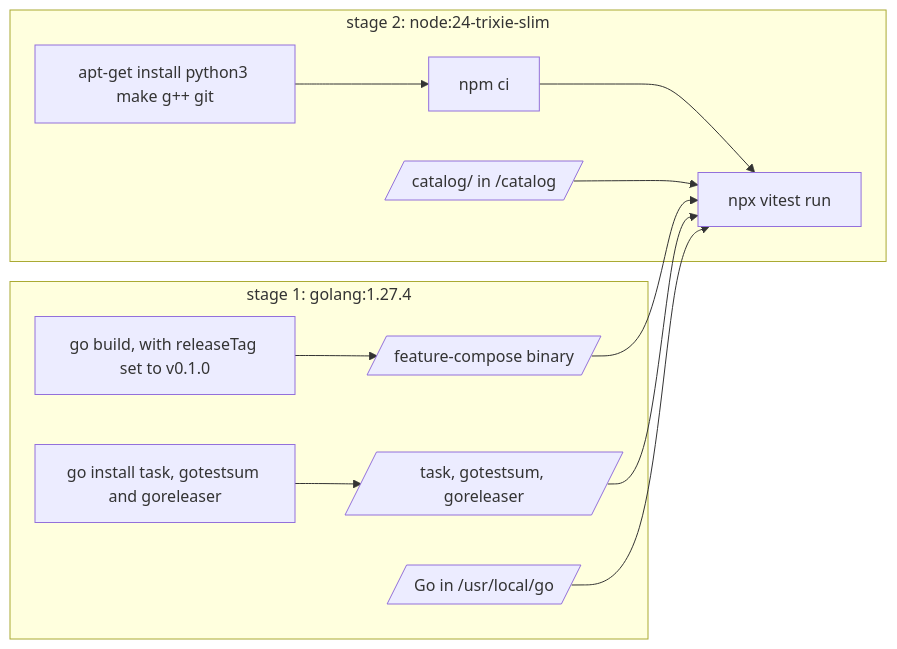
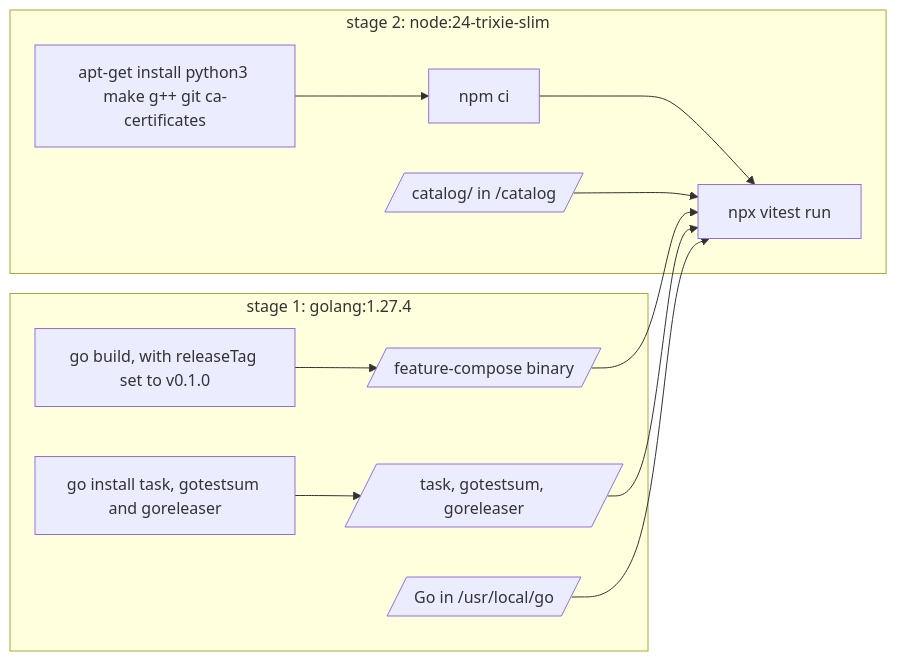
The third of 3 diagrams in docs/e2e-tests.md (hpcsc/feature-compose), drawn with Mermaid before and after one commit. The commit also changed other lines of this file and 1 other file, not shown here.

First line of the commit message:
Install the CA certificates in the image of the end-to-end tests

````diff
--- a/docs/e2e-tests.md
+++ b/docs/e2e-tests.md
@@ -371,16 +371,16 @@
 ```mermaid
 flowchart LR
     subgraph builder["stage 1: golang:1.27.4"]
         G["go build, with releaseTag set to v0.1.0"] --> BIN[/"feature-compose binary"/]
         I["go install task, gotestsum and goreleaser"] --> TOOLS[/"task, gotestsum, goreleaser"/]
         GO[/"Go in /usr/local/go"/]
     end
     subgraph runner["stage 2: node:24-trixie-slim"]
-        APT["apt-get install python3 make g++ git"] --> NPM["npm ci"]
+        APT["apt-get install python3 make g++ git ca-certificates"] --> NPM["npm ci"]
         NPM --> RUN["npx vitest run"]
         CAT[/"catalog/ in /catalog"/] --> RUN
     end
     BIN --> RUN
     TOOLS --> RUN
     GO --> RUN
 ```
````
